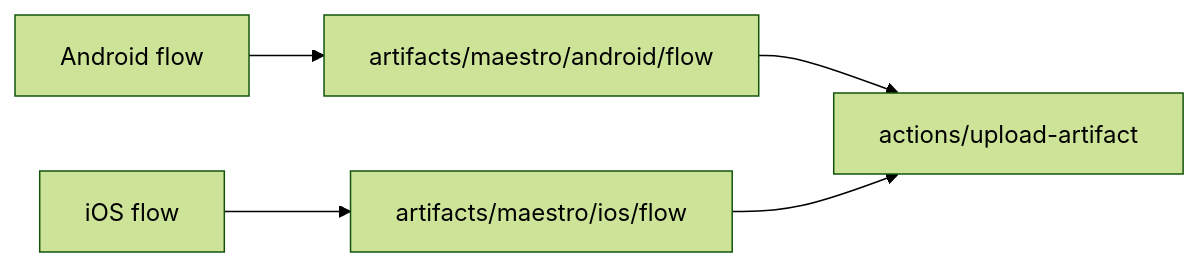
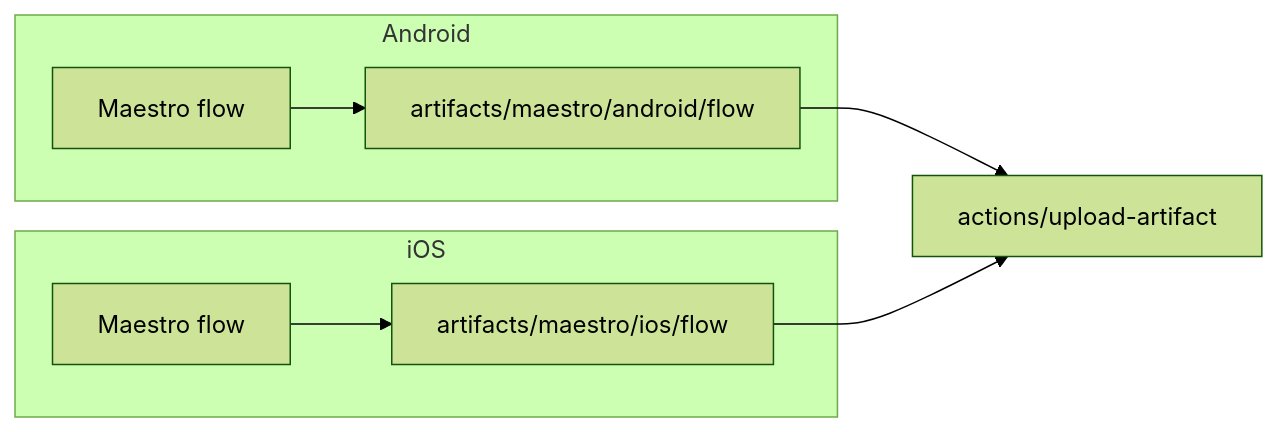
Before and after one commit to gkzz/maestro-playground: the sixth of 6 diagrams in docs/ARCHITECTURE.md, drawn with Mermaid (forest theme). The commit also changed other lines of this file and 4 other files, not shown here.

````diff
--- a/docs/ARCHITECTURE.md
+++ b/docs/ARCHITECTURE.md
@@ -111,11 +151,19 @@
-```mermaid
+```mermaid id="d5b2ya"
 flowchart LR
-  androidFlow[Android flow]
-  iosFlow[iOS flow]
-  androidArtifacts[artifacts/maestro/android/flow]
-  iosArtifacts[artifacts/maestro/ios/flow]
-  upload[actions/upload-artifact]
+  subgraph Android
+    androidFlow[Maestro flow]
+    androidArtifacts[artifacts/maestro/android/flow]
 
-  androidFlow --> androidArtifacts --> upload
-  iosFlow --> iosArtifacts --> upload
+    androidFlow --> androidArtifacts
+  end
+
+  subgraph iOS
+    iosFlow[Maestro flow]
+    iosArtifacts[artifacts/maestro/ios/flow]
+
+    iosFlow --> iosArtifacts
+  end
+
+  androidArtifacts --> upload[actions/upload-artifact]
+  iosArtifacts --> upload
 ```
````
